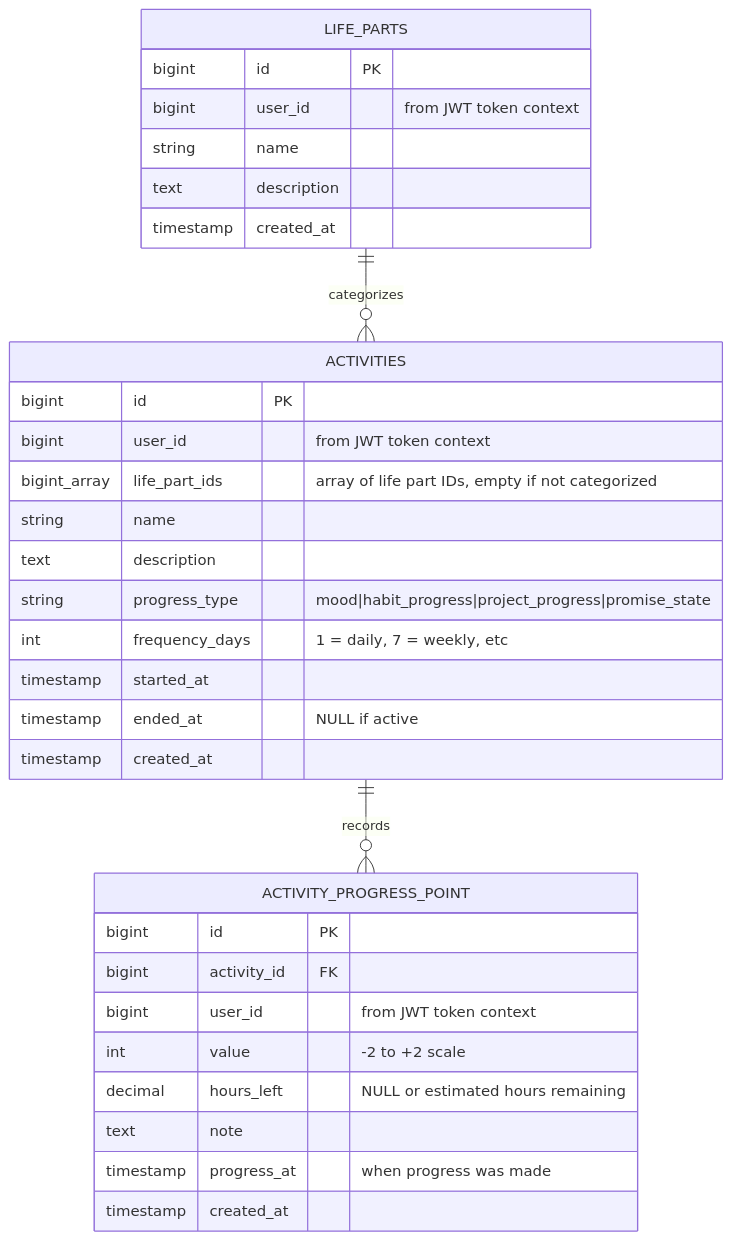
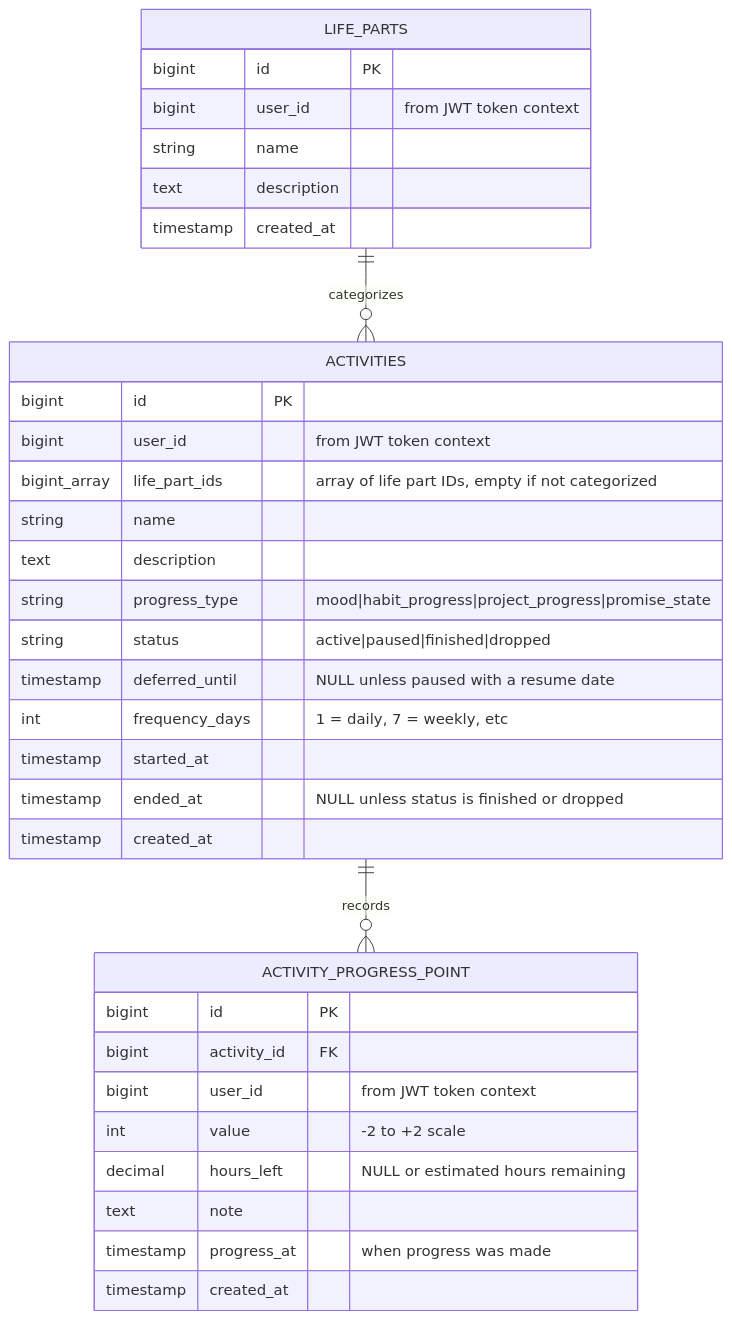
Before and after one commit to rusinikita/personal: the first of 4 diagrams in docs/functions/progress-spec.md, drawn with Mermaid. The commit also changed other lines of this file and 16 other files, not shown here.

First line of the commit message:
feat(progress): add activity status/deferred_until, replace finish_activity with delete_activity

````diff
--- a/docs/functions/progress-spec.md
+++ b/docs/functions/progress-spec.md
@@ -30,37 +37,39 @@
 ```mermaid
 erDiagram
     LIFE_PARTS ||--o{ ACTIVITIES : categorizes
     ACTIVITIES ||--o{ ACTIVITY_PROGRESS_POINT : records
 
     LIFE_PARTS {
         bigint id PK
         bigint user_id "from JWT token context"
         string name
         text description
         timestamp created_at
     }
 
     ACTIVITIES {
         bigint id PK
         bigint user_id "from JWT token context"
         bigint_array life_part_ids "array of life part IDs, empty if not categorized"
         string name
         text description
         string progress_type "mood|habit_progress|project_progress|promise_state"
+        string status "active|paused|finished|dropped"
+        timestamp deferred_until "NULL unless paused with a resume date"
         int frequency_days "1 = daily, 7 = weekly, etc"
         timestamp started_at
-        timestamp ended_at "NULL if active"
+        timestamp ended_at "NULL unless status is finished or dropped"
         timestamp created_at
     }
 
     ACTIVITY_PROGRESS_POINT {
         bigint id PK
         bigint activity_id FK
         bigint user_id "from JWT token context"
         int value "-2 to +2 scale"
         decimal hours_left "NULL or estimated hours remaining"
         text note
         timestamp progress_at "when progress was made"
         timestamp created_at
     }
 ```
````
